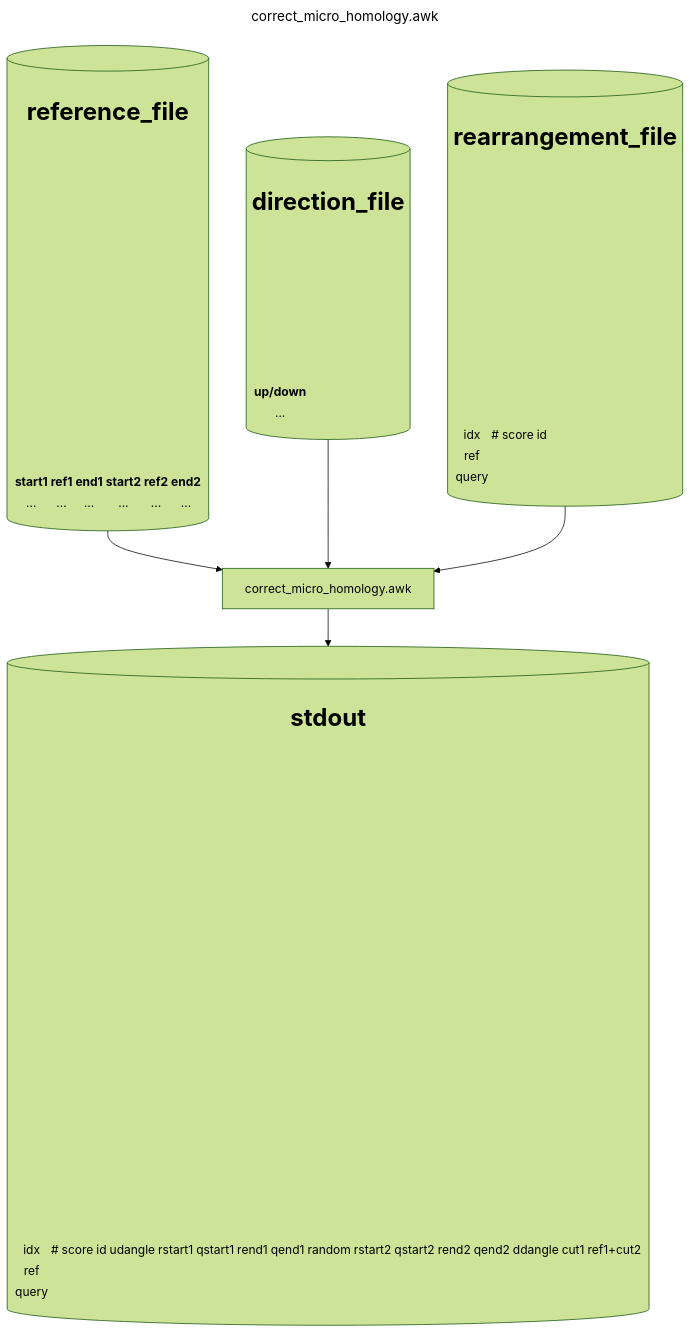
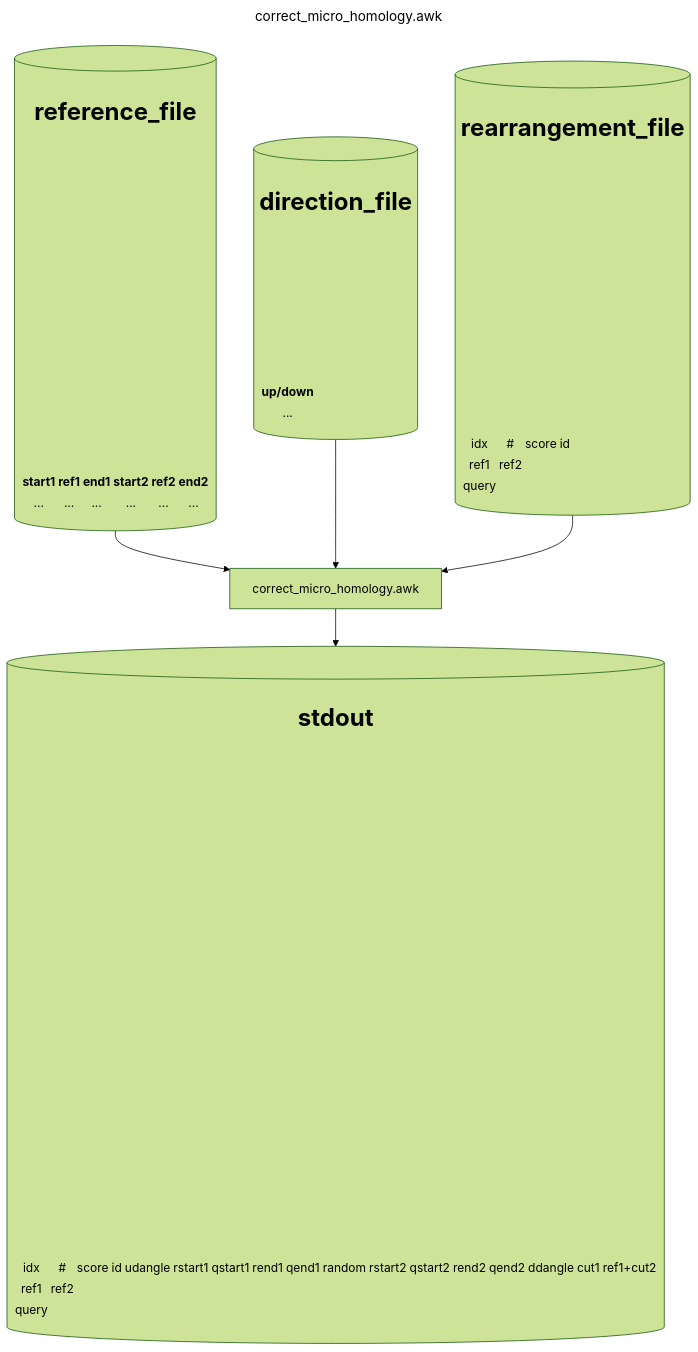
The second of 3 diagrams in docs/core.md (ljw20180420/rearr), drawn with Mermaid (forest theme) before and after one commit. The commit also changed other lines of this file, not shown here.

```diff
--- a/docs/core.md
+++ b/docs/core.md
@@ -188,7 +189,8 @@
                 <td>id</td>
             </tr>
             <tr>
-                <td>ref</td>
+                <td>ref1</td>
+                <td>ref2</td>
             </tr>
             <tr>
                 <td>query</td>
@@ -218,7 +220,8 @@
                 <td>ref1+cut2</td>
             </tr>
             <tr>
-                <td>ref</td>
+                <td>ref1</td>
+                <td>ref2</td>
             </tr>
             <tr>
                 <td>query</td>
```
